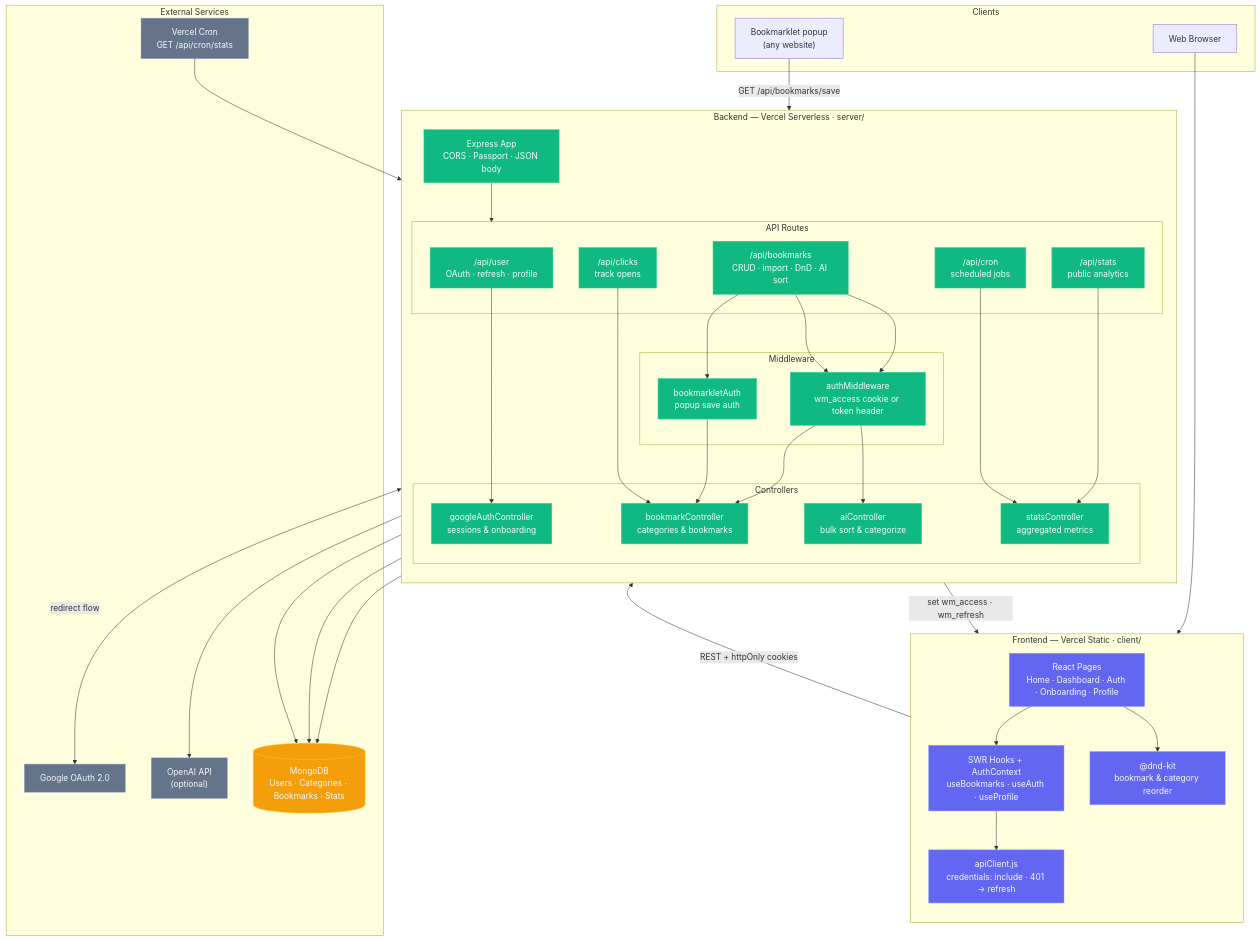
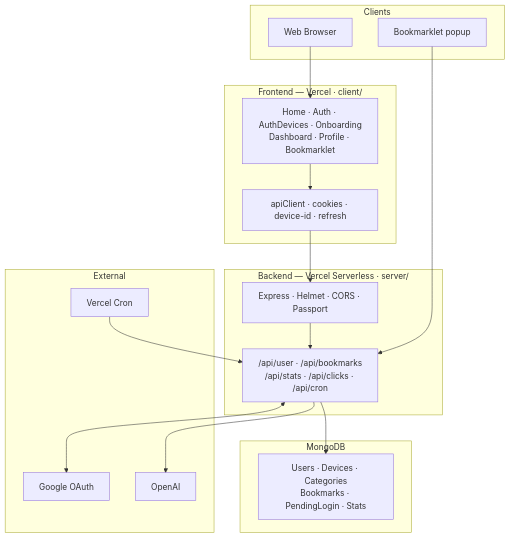
One commit to chahatkesh/webmark changed the diagram in Readme.md. Above: the diagram before and after it, drawn with Mermaid. The commit also changed other lines of this file and 32 other files, not shown here.

````diff
--- a/Readme.md
+++ b/Readme.md
@@ -30,82 +31,37 @@
 ```mermaid
 flowchart TB
     subgraph Clients["Clients"]
         Browser["Web Browser"]
-        Bookmarklet["Bookmarklet popup\n(any website)"]
+        Bookmarklet["Bookmarklet popup"]
     end
 
-    subgraph Frontend["Frontend — Vercel Static · client/"]
-        direction TB
-        Pages["React Pages\nHome · Dashboard · Auth · Onboarding · Profile"]
-        Hooks["SWR Hooks + AuthContext\nuseBookmarks · useAuth · useProfile"]
-        ApiClient["apiClient.js\ncredentials: include · 401 → refresh"]
-        DnD["@dnd-kit\nbookmark & category reorder"]
-        Pages --> Hooks
-        Hooks --> ApiClient
-        Pages --> DnD
+    subgraph Frontend["Frontend — Vercel · client/"]
+        Pages["Home · Auth · AuthDevices · Onboarding\nDashboard · Profile · Bookmarklet"]
+        ApiClient["apiClient · cookies · device-id · refresh"]
+        Pages --> ApiClient
     end
 
     subgraph Backend["Backend — Vercel Serverless · server/"]
-        direction TB
-        Express["Express App\nCORS · Passport · JSON body"]
-
-        subgraph Routes["API Routes"]
-            UserRoute["/api/user\nOAuth · refresh · profile"]
-            BookmarkRoute["/api/bookmarks\nCRUD · import · DnD · AI sort"]
-            StatsRoute["/api/stats\npublic analytics"]
-            CronRoute["/api/cron\nscheduled jobs"]
-            ClickRoute["/api/clicks\ntrack opens"]
-        end
-
-        subgraph Middleware["Middleware"]
-            AuthMW["authMiddleware\nwm_access cookie or token header"]
-            BmlMW["bookmarkletAuth\npopup save auth"]
-        end
-
-        subgraph Controllers["Controllers"]
-            GoogleAuth["googleAuthController\nsessions & onboarding"]
-            BookmarkCtrl["bookmarkController\ncategories & bookmarks"]
-            AICtrl["aiController\nbulk sort & categorize"]
-            StatsCtrl["statsController\naggregated metrics"]
-        end
-
-        Express --> Routes
-        UserRoute --> GoogleAuth
-        BookmarkRoute --> AuthMW --> BookmarkCtrl
-        BookmarkRoute --> BmlMW --> BookmarkCtrl
-        BookmarkRoute --> AuthMW --> AICtrl
-        StatsRoute --> StatsCtrl
-        CronRoute --> StatsCtrl
-        ClickRoute --> BookmarkCtrl
+        Express["Express · Helmet · CORS · Passport"]
+        APIs["/api/user · /api/bookmarks\n/api/stats · /api/clicks · /api/cron"]
+        Express --> APIs
     end
 
-    subgraph External["External Services"]
-        Google["Google OAuth 2.0"]
-        OpenAI["OpenAI API\n(optional)"]
-        MongoDB[("MongoDB\nUsers · Categories · Bookmarks · Stats")]
-        VercelCron["Vercel Cron\nGET /api/cron/stats"]
+    subgraph Data["MongoDB"]
+        DB["Users · Devices · Categories\nBookmarks · PendingLogin · Stats"]
+    end
+
+    subgraph External["External"]
+        Google["Google OAuth"]
+        OpenAI["OpenAI"]
+        Cron["Vercel Cron"]
     end
 
     Browser --> Pages
-    Bookmarklet -->|"GET /api/bookmarks/save"| BmlMW
-
-    ApiClient -->|"REST + httpOnly cookies"| Express
-    GoogleAuth <-->|"redirect flow"| Google
-    GoogleAuth -->|"set wm_access · wm_refresh"| ApiClient
-
-    BookmarkCtrl --> MongoDB
-    AICtrl --> OpenAI
-    AICtrl --> MongoDB
-    StatsCtrl --> MongoDB
-    VercelCron --> CronRoute
-
-    classDef client fill:#6366f1,stroke:#818cf8,color:#f8fafc
-    classDef server fill:#10b981,stroke:#34d399,color:#f8fafc
-    classDef data fill:#f59e0b,stroke:#fbbf24,color:#f8fafc
-    classDef external fill:#64748b,stroke:#94a3b8,color:#f8fafc
-
-    class Pages,Hooks,ApiClient,DnD client
-    class Express,UserRoute,BookmarkRoute,StatsRoute,CronRoute,ClickRoute,AuthMW,BmlMW,GoogleAuth,BookmarkCtrl,AICtrl,StatsCtrl server
-    class MongoDB data
-    class Google,OpenAI,VercelCron external
+    Bookmarklet --> APIs
+    ApiClient --> Express
+    APIs --> DB
+    APIs <--> Google
+    APIs --> OpenAI
+    Cron --> APIs
 ```
````
